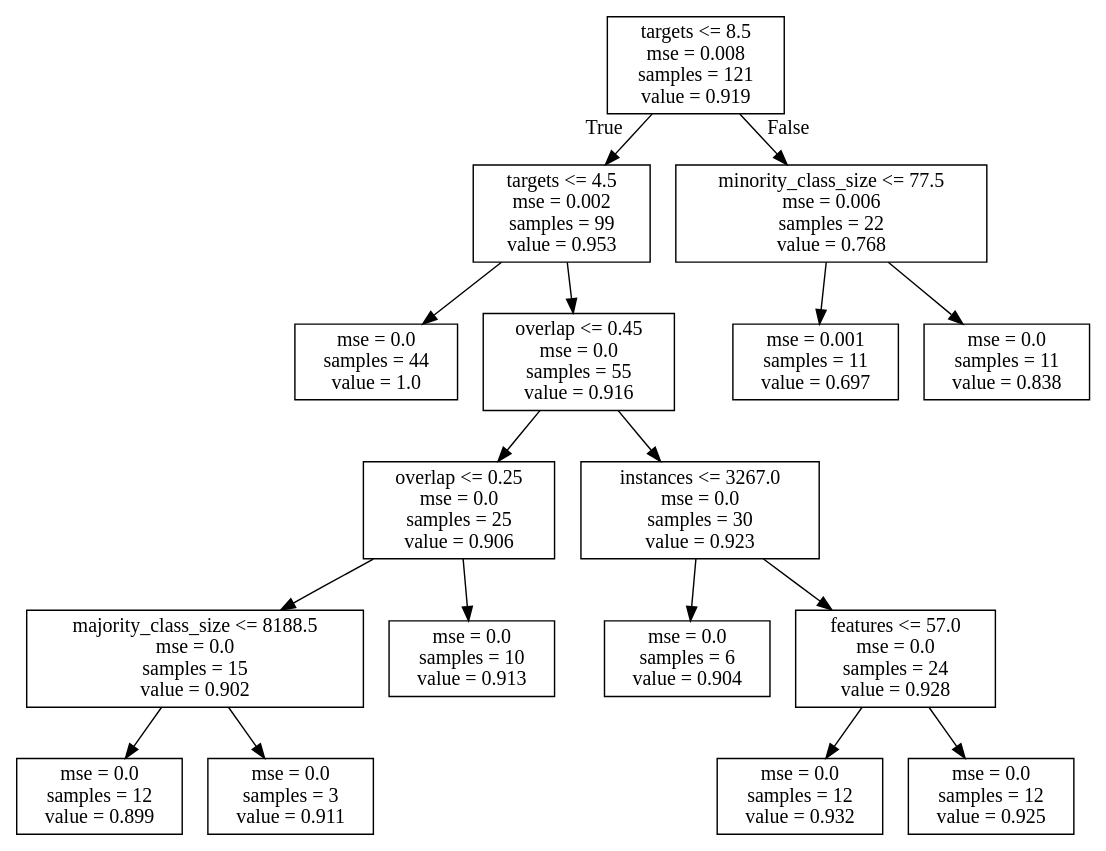
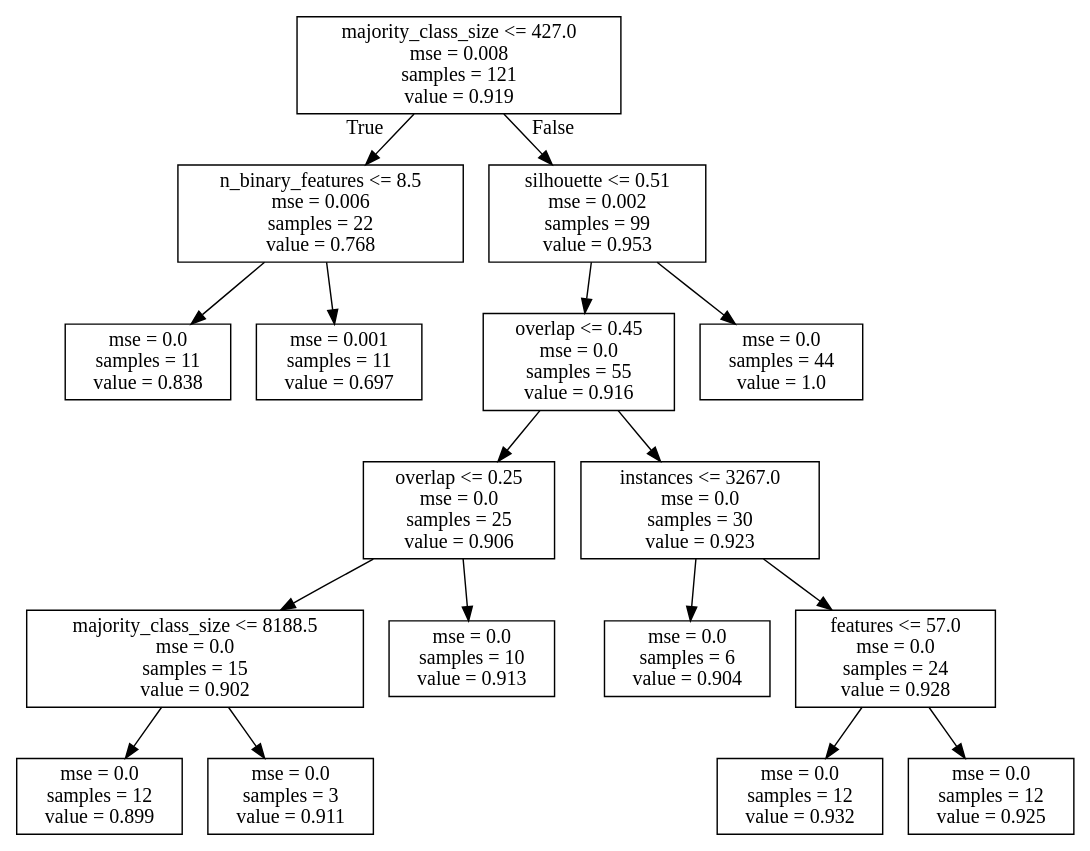
One commit to rsboos/DistributedClassifier changed the diagram in analysis/learning/regression/results/trees/arb_mdic_knn_f1_scores.dot. Above: the diagram before and after it, drawn with Graphviz. The commit also changed 68 other files, not shown here.

```diff
--- a/analysis/learning/regression/results/trees/arb_mdic_knn_f1_scores.dot
+++ b/analysis/learning/regression/results/trees/arb_mdic_knn_f1_scores.dot
@@ -1,36 +1,36 @@
 digraph Tree {
 node [shape=box] ;
-0 [label="targets <= 8.5\nmse = 0.008\nsamples = 121\nvalue = 0.919"] ;
-1 [label="targets <= 4.5\nmse = 0.002\nsamples = 99\nvalue = 0.953"] ;
+0 [label="majority_class_size <= 427.0\nmse = 0.008\nsamples = 121\nvalue = 0.919"] ;
+1 [label="n_binary_features <= 8.5\nmse = 0.006\nsamples = 22\nvalue = 0.768"] ;
 0 -> 1 [labeldistance=2.5, labelangle=45, headlabel="True"] ;
-2 [label="mse = 0.0\nsamples = 44\nvalue = 1.0"] ;
+2 [label="mse = 0.0\nsamples = 11\nvalue = 0.838"] ;
 1 -> 2 ;
-3 [label="overlap <= 0.45\nmse = 0.0\nsamples = 55\nvalue = 0.916"] ;
+3 [label="mse = 0.001\nsamples = 11\nvalue = 0.697"] ;
 1 -> 3 ;
-4 [label="overlap <= 0.25\nmse = 0.0\nsamples = 25\nvalue = 0.906"] ;
-3 -> 4 ;
-5 [label="majority_class_size <= 8188.5\nmse = 0.0\nsamples = 15\nvalue = 0.902"] ;
+4 [label="silhouette <= 0.51\nmse = 0.002\nsamples = 99\nvalue = 0.953"] ;
+0 -> 4 [labeldistance=2.5, labelangle=-45, headlabel="False"] ;
+5 [label="overlap <= 0.45\nmse = 0.0\nsamples = 55\nvalue = 0.916"] ;
 4 -> 5 ;
-6 [label="mse = 0.0\nsamples = 12\nvalue = 0.899"] ;
+6 [label="overlap <= 0.25\nmse = 0.0\nsamples = 25\nvalue = 0.906"] ;
 5 -> 6 ;
-7 [label="mse = 0.0\nsamples = 3\nvalue = 0.911"] ;
-5 -> 7 ;
-8 [label="mse = 0.0\nsamples = 10\nvalue = 0.913"] ;
-4 -> 8 ;
-9 [label="instances <= 3267.0\nmse = 0.0\nsamples = 30\nvalue = 0.923"] ;
-3 -> 9 ;
-10 [label="mse = 0.0\nsamples = 6\nvalue = 0.904"] ;
-9 -> 10 ;
-11 [label="features <= 57.0\nmse = 0.0\nsamples = 24\nvalue = 0.928"] ;
-9 -> 11 ;
-12 [label="mse = 0.0\nsamples = 12\nvalue = 0.932"] ;
+7 [label="majority_class_size <= 8188.5\nmse = 0.0\nsamples = 15\nvalue = 0.902"] ;
+6 -> 7 ;
+8 [label="mse = 0.0\nsamples = 12\nvalue = 0.899"] ;
+7 -> 8 ;
+9 [label="mse = 0.0\nsamples = 3\nvalue = 0.911"] ;
+7 -> 9 ;
+10 [label="mse = 0.0\nsamples = 10\nvalue = 0.913"] ;
+6 -> 10 ;
+11 [label="instances <= 3267.0\nmse = 0.0\nsamples = 30\nvalue = 0.923"] ;
+5 -> 11 ;
+12 [label="mse = 0.0\nsamples = 6\nvalue = 0.904"] ;
 11 -> 12 ;
-13 [label="mse = 0.0\nsamples = 12\nvalue = 0.925"] ;
+13 [label="features <= 57.0\nmse = 0.0\nsamples = 24\nvalue = 0.928"] ;
 11 -> 13 ;
-14 [label="minority_class_size <= 77.5\nmse = 0.006\nsamples = 22\nvalue = 0.768"] ;
-0 -> 14 [labeldistance=2.5, labelangle=-45, headlabel="False"] ;
-15 [label="mse = 0.001\nsamples = 11\nvalue = 0.697"] ;
-14 -> 15 ;
-16 [label="mse = 0.0\nsamples = 11\nvalue = 0.838"] ;
-14 -> 16 ;
+14 [label="mse = 0.0\nsamples = 12\nvalue = 0.932"] ;
+13 -> 14 ;
+15 [label="mse = 0.0\nsamples = 12\nvalue = 0.925"] ;
+13 -> 15 ;
+16 [label="mse = 0.0\nsamples = 44\nvalue = 1.0"] ;
+4 -> 16 ;
 }
```
